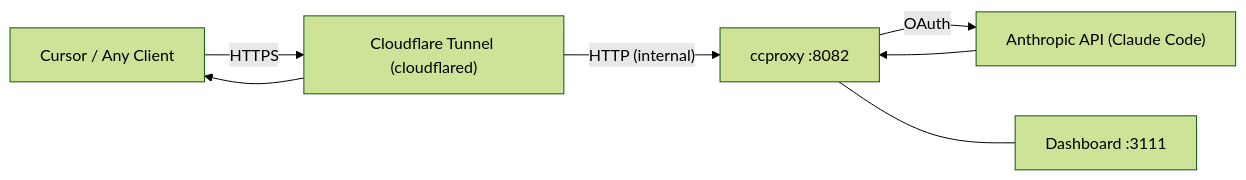
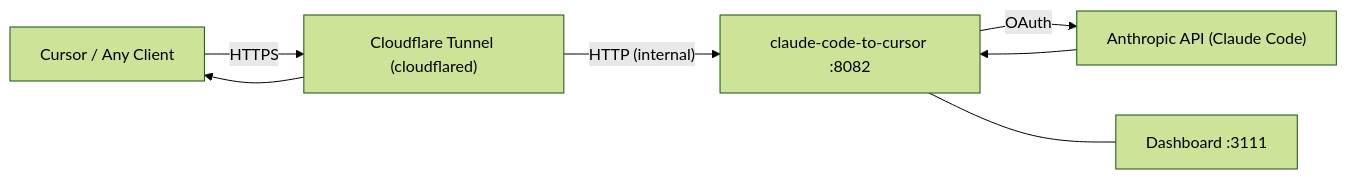
The diagram in README.md (Firzus/claude-code-to-cursor), drawn with Mermaid (forest theme) before and after one commit. The commit also changed other lines of this file and 21 other files, not shown here.

First line of the commit message:
Rename project from ccproxy to claude-code-to-cursor

````diff
--- a/README.md
+++ b/README.md
@@ -127,15 +127,15 @@
 ```mermaid
 flowchart LR
     Client["Cursor / Any Client"]
     CF["Cloudflare Tunnel (cloudflared)"]
-    API["ccproxy :8082"]
+    API["claude-code-to-cursor :8082"]
     Anthropic["Anthropic API (Claude Code)"]
     Dashboard["Dashboard :3111"]
 
     Client -- "HTTPS" --> CF
     CF -- "HTTP (internal)" --> API
     API -- "OAuth" --> Anthropic
     Anthropic --> API
     CF --> Client
     API --- Dashboard
 ```
````
